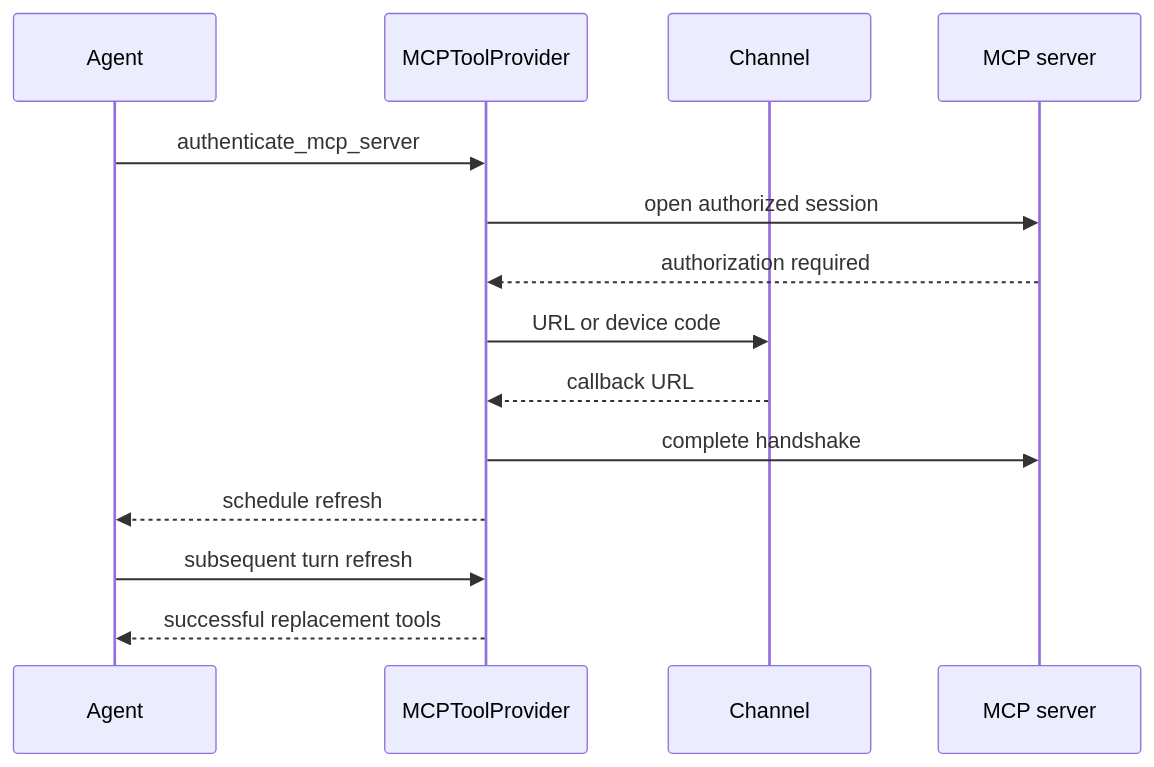
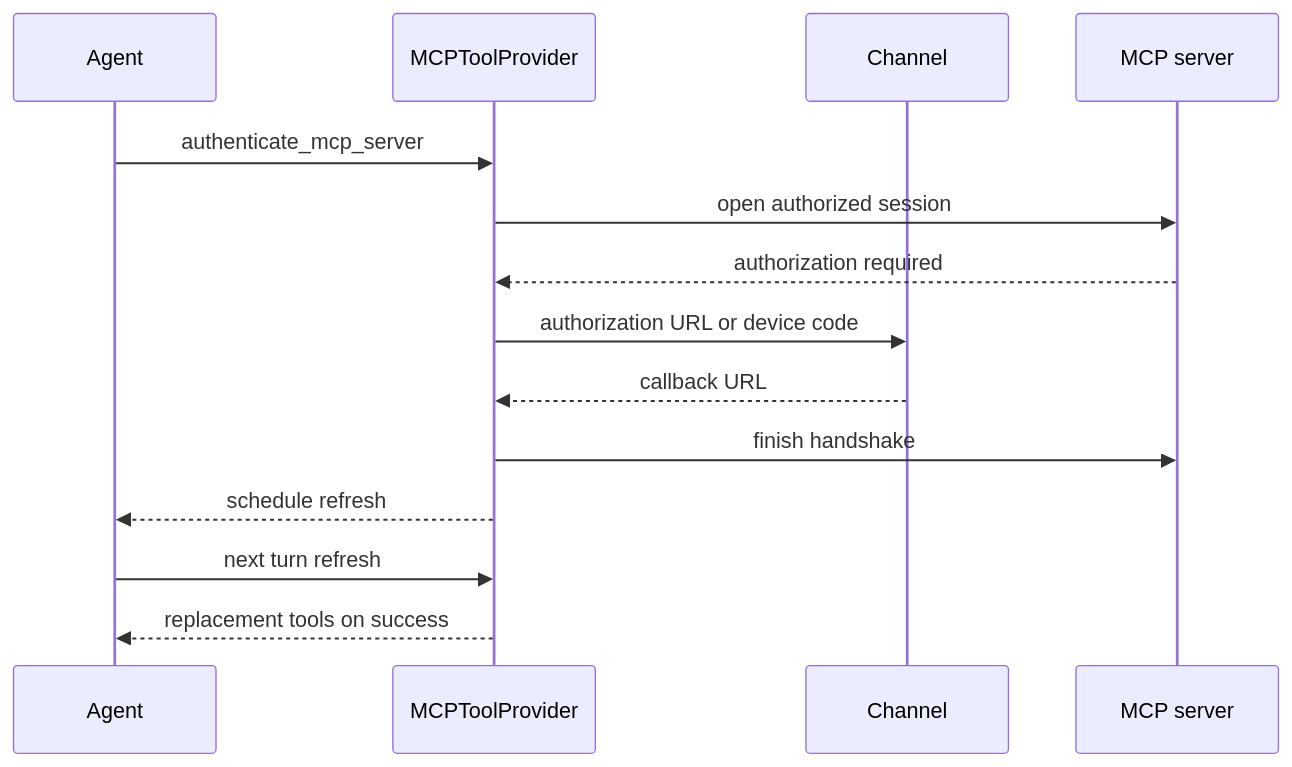
The second of 2 diagrams in openwiki/integrations/mcp.md (langchain-ai/deepagents), drawn with Mermaid before and after one commit. The commit also changed other lines of this file and 63 other files, not shown here.

````diff
--- a/openwiki/integrations/mcp.md
+++ b/openwiki/integrations/mcp.md
@@ -195,16 +195,16 @@
 ```mermaid
 sequenceDiagram
     participant Agent
     participant Provider as MCPToolProvider
     participant Channel
     participant Remote as MCP server
     Agent->>Provider: authenticate_mcp_server
     Provider->>Remote: open authorized session
     Remote-->>Provider: authorization required
-    Provider->>Channel: URL or device code
+    Provider->>Channel: authorization URL or device code
     Channel-->>Provider: callback URL
-    Provider->>Remote: complete handshake
+    Provider->>Remote: finish handshake
     Provider-->>Agent: schedule refresh
-    Agent->>Provider: subsequent turn refresh
-    Provider-->>Agent: successful replacement tools
+    Agent->>Provider: next turn refresh
+    Provider-->>Agent: replacement tools on success
 ```
````
